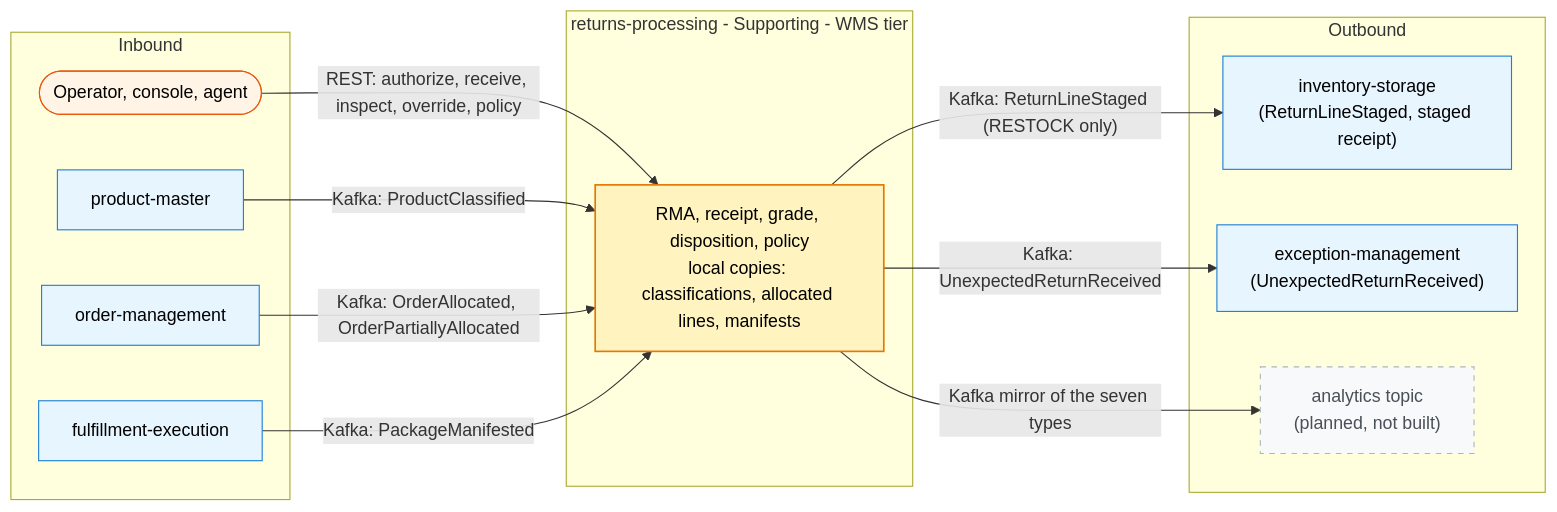
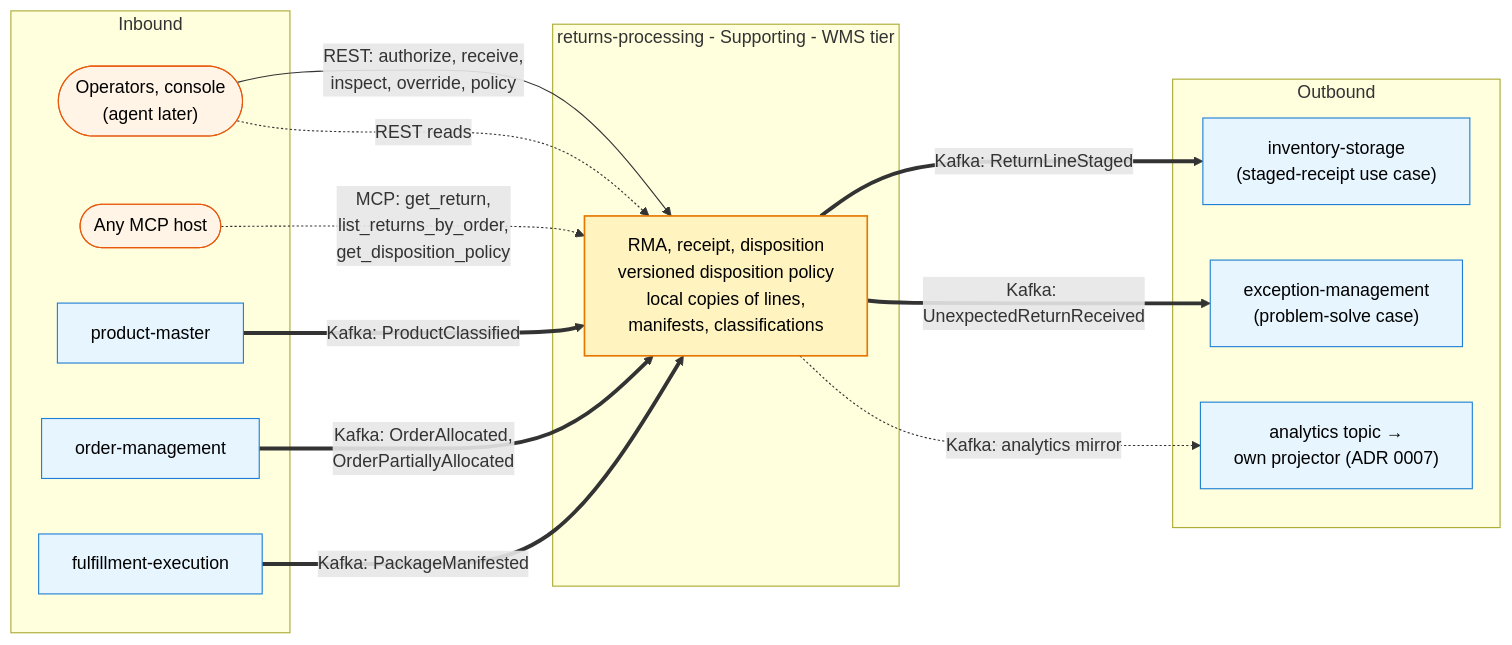
Before and after one commit to IQVO/warehouse-docs: the diagram in docs/contexts/returns-processing/bounded-context-canvas.md, drawn with Mermaid. The commit also changed other lines of this file and 237 other files, not shown here.

````diff
--- a/docs/contexts/returns-processing/bounded-context-canvas.md
+++ b/docs/contexts/returns-processing/bounded-context-canvas.md
@@ -18,28 +20,31 @@
 ```mermaid
 flowchart LR
     classDef ctx fill:#e7f5ff,stroke:#1c7ed6,color:#000
     classDef actor fill:#fff4e6,stroke:#e8590c,color:#000
     classDef planned fill:#f8f9fa,stroke:#adb5bd,stroke-dasharray:5 5,color:#495057
     classDef bc fill:#fff3bf,stroke:#e67700,stroke-width:1.5px,color:#000
     subgraph IN["Inbound"]
-        ops(["Operator, console, agent"]):::actor
+        ops(["Operators, console<br/>(agent later)"]):::actor
+        mcp(["Any MCP host"]):::actor
         pm["product-master"]:::ctx
         om["order-management"]:::ctx
         fe["fulfillment-execution"]:::ctx
     end
     subgraph BC["returns-processing - Supporting - WMS tier"]
-        core["RMA, receipt, grade, disposition, policy<br/>local copies: classifications, allocated lines, manifests"]:::bc
+        core["RMA, receipt, disposition<br/>versioned disposition policy<br/>local copies of lines,<br/>manifests, classifications"]:::bc
     end
     subgraph OUT["Outbound"]
-        inv["inventory-storage<br/>(ReturnLineStaged, staged receipt)"]:::ctx
-        em["exception-management<br/>(UnexpectedReturnReceived)"]:::ctx
-        ana["analytics topic<br/>(planned, not built)"]:::planned
+        inv["inventory-storage<br/>(staged-receipt use case)"]:::ctx
+        exc["exception-management<br/>(problem-solve case)"]:::ctx
+        ana["analytics topic →<br/>own projector (ADR 0007)"]:::ctx
     end
-    ops -->|"REST: authorize, receive, inspect, override, policy"| core
-    pm -->|"Kafka: ProductClassified"| core
-    om -->|"Kafka: OrderAllocated, OrderPartiallyAllocated"| core
-    fe -->|"Kafka: PackageManifested"| core
-    core -->|"Kafka: ReturnLineStaged (RESTOCK only)"| inv
-    core -->|"Kafka: UnexpectedReturnReceived"| em
-    core -->|"Kafka mirror of the seven types"| ana
+    ops -->|"REST: authorize, receive,<br/>inspect, override, policy"| core
+    ops -.->|"REST reads"| core
+    mcp -.->|"MCP: get_return,<br/>list_returns_by_order,<br/>get_disposition_policy"| core
+    pm ==>|"Kafka: ProductClassified"| core
+    om ==>|"Kafka: OrderAllocated,<br/>OrderPartiallyAllocated"| core
+    fe ==>|"Kafka: PackageManifested"| core
+    core ==>|"Kafka: ReturnLineStaged"| inv
+    core ==>|"Kafka: UnexpectedReturnReceived"| exc
+    core -.->|"Kafka: analytics mirror"| ana
 ```
````
